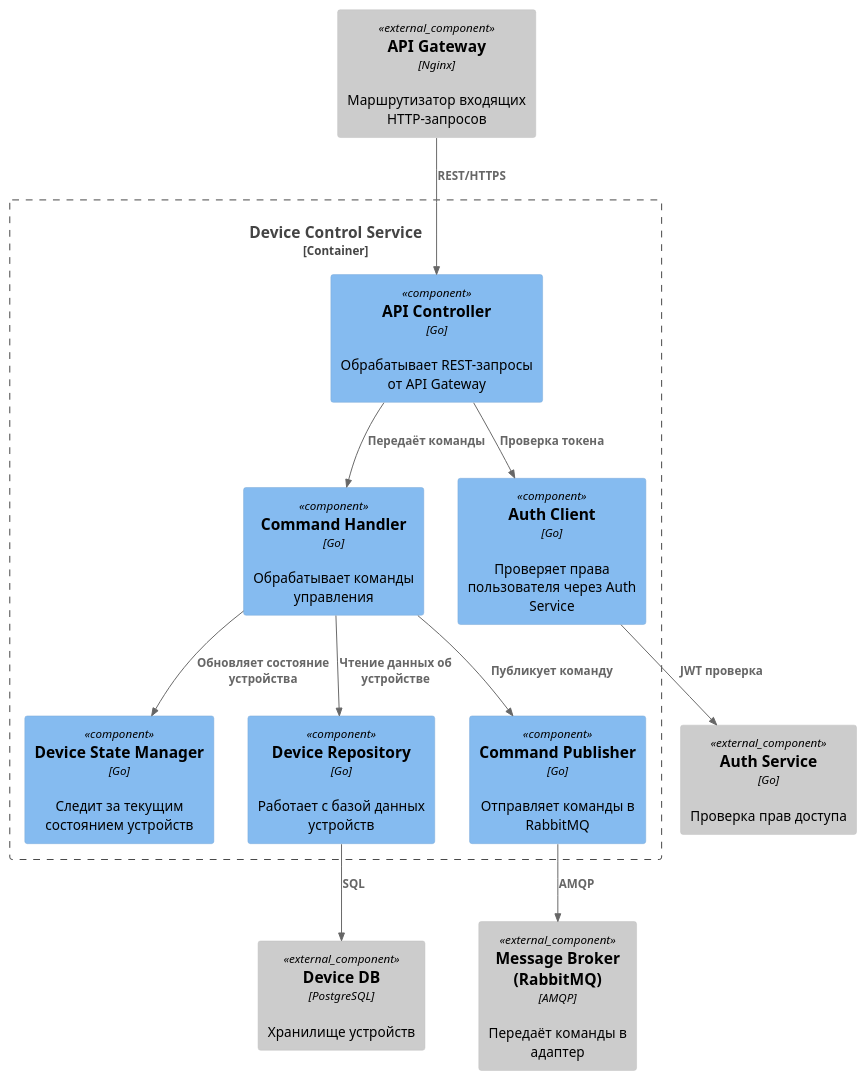
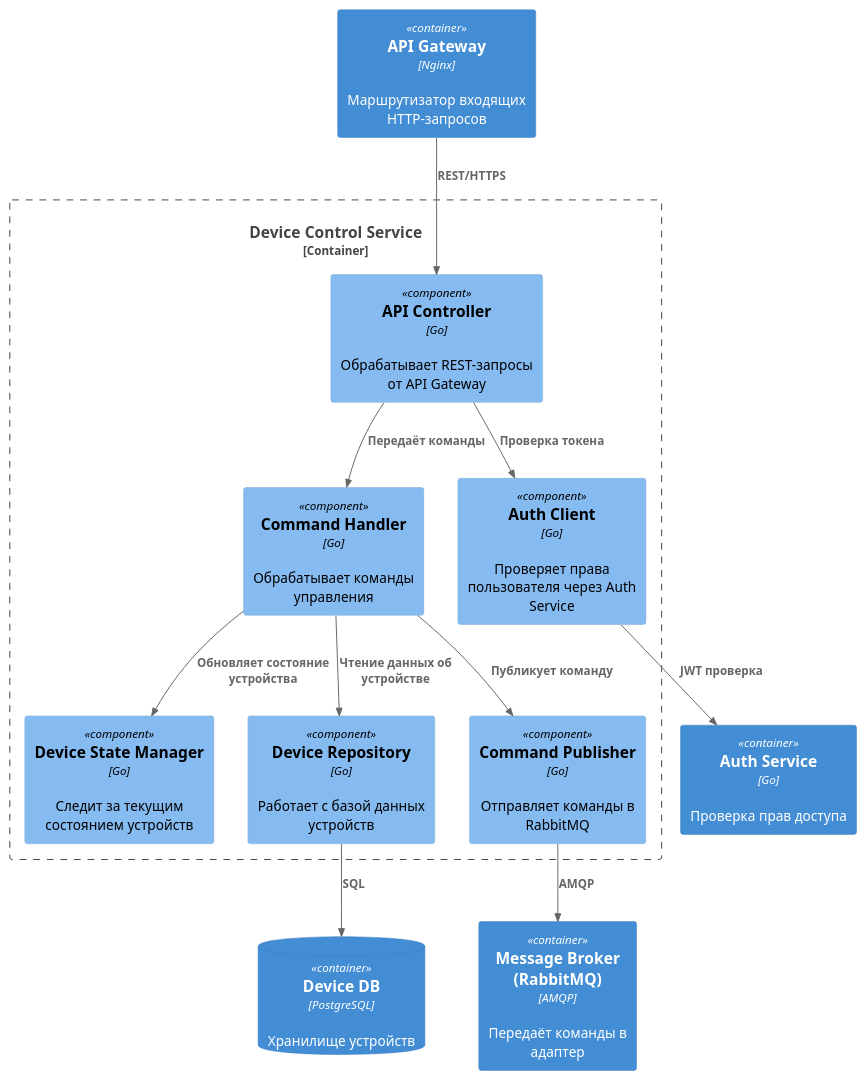
One commit to ZhurkinAngular/Warmhouse changed the diagram in docs/diagrams/components/DeviceControlService.puml. Above: the diagram before and after it, drawn with PlantUML. The commit also changed 4 other files, not shown here.

Commit message:
Update diagrams

```diff
--- a/docs/diagrams/components/DeviceControlService.puml
+++ b/docs/diagrams/components/DeviceControlService.puml
@@ -1,30 +1,29 @@
 @startuml
 !include <C4/C4_Component>
 
 Container_Boundary(deviceControl, "Device Control Service") {
-
   Component(apiController, "API Controller", "Go", "Обрабатывает REST-запросы от API Gateway")
   Component(authClient, "Auth Client", "Go", "Проверяет права пользователя через Auth Service")
   Component(commandHandler, "Command Handler", "Go", "Обрабатывает команды управления")
   Component(stateManager, "Device State Manager", "Go", "Следит за текущим состоянием устройств")
   Component(deviceRepo, "Device Repository", "Go", "Работает с базой данных устройств")
   Component(commandPublisher, "Command Publisher", "Go", "Отправляет команды в RabbitMQ")
 }
 
-Component_Ext(apiGatewayExt, "API Gateway", "Nginx", "Маршрутизатор входящих HTTP-запросов")
-Component_Ext(authServiceExt, "Auth Service", "Go", "Проверка прав доступа")
-Component_Ext(messageBrokerExt, "Message Broker (RabbitMQ)", "AMQP", "Передаёт команды в адаптер")
-Component_Ext(deviceDbExt, "Device DB", "PostgreSQL", "Хранилище устройств")
+Container(apiGateway, "API Gateway", "Nginx", "Маршрутизатор входящих HTTP-запросов")
+Container(authService, "Auth Service", "Go", "Проверка прав доступа")
+Container(messageBroker, "Message Broker (RabbitMQ)", "AMQP", "Передаёт команды в адаптер")
+ContainerDb(deviceDb, "Device DB", "PostgreSQL", "Хранилище устройств")
 
-Rel(apiGatewayExt, apiController, "REST/HTTPS")
+Rel(apiGateway, apiController, "REST/HTTPS")
 Rel(apiController, authClient, "Проверка токена")
 Rel(apiController, commandHandler, "Передаёт команды")
 Rel(commandHandler, deviceRepo, "Чтение данных об устройстве")
 Rel(commandHandler, stateManager, "Обновляет состояние устройства")
 Rel(commandHandler, commandPublisher, "Публикует команду")
 
-Rel(deviceRepo, deviceDbExt, "SQL")
-Rel(commandPublisher, messageBrokerExt, "AMQP")
-Rel(authClient, authServiceExt, "JWT проверка")
+Rel(deviceRepo, deviceDb, "SQL")
+Rel(commandPublisher, messageBroker, "AMQP")
+Rel(authClient, authService, "JWT проверка")
 
 @enduml
```
